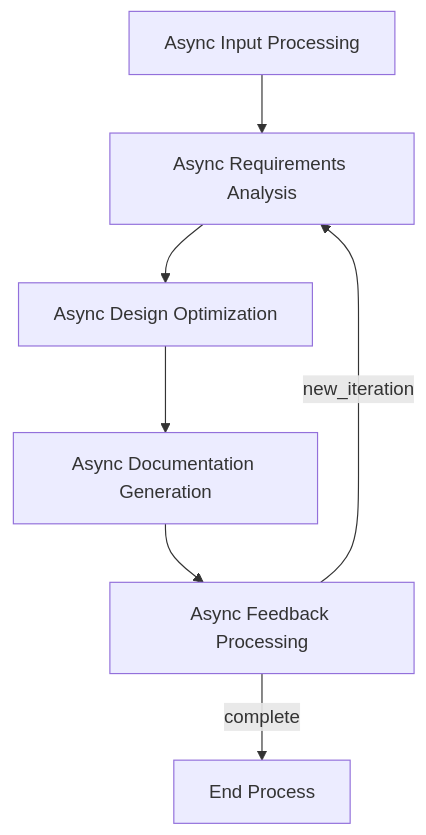
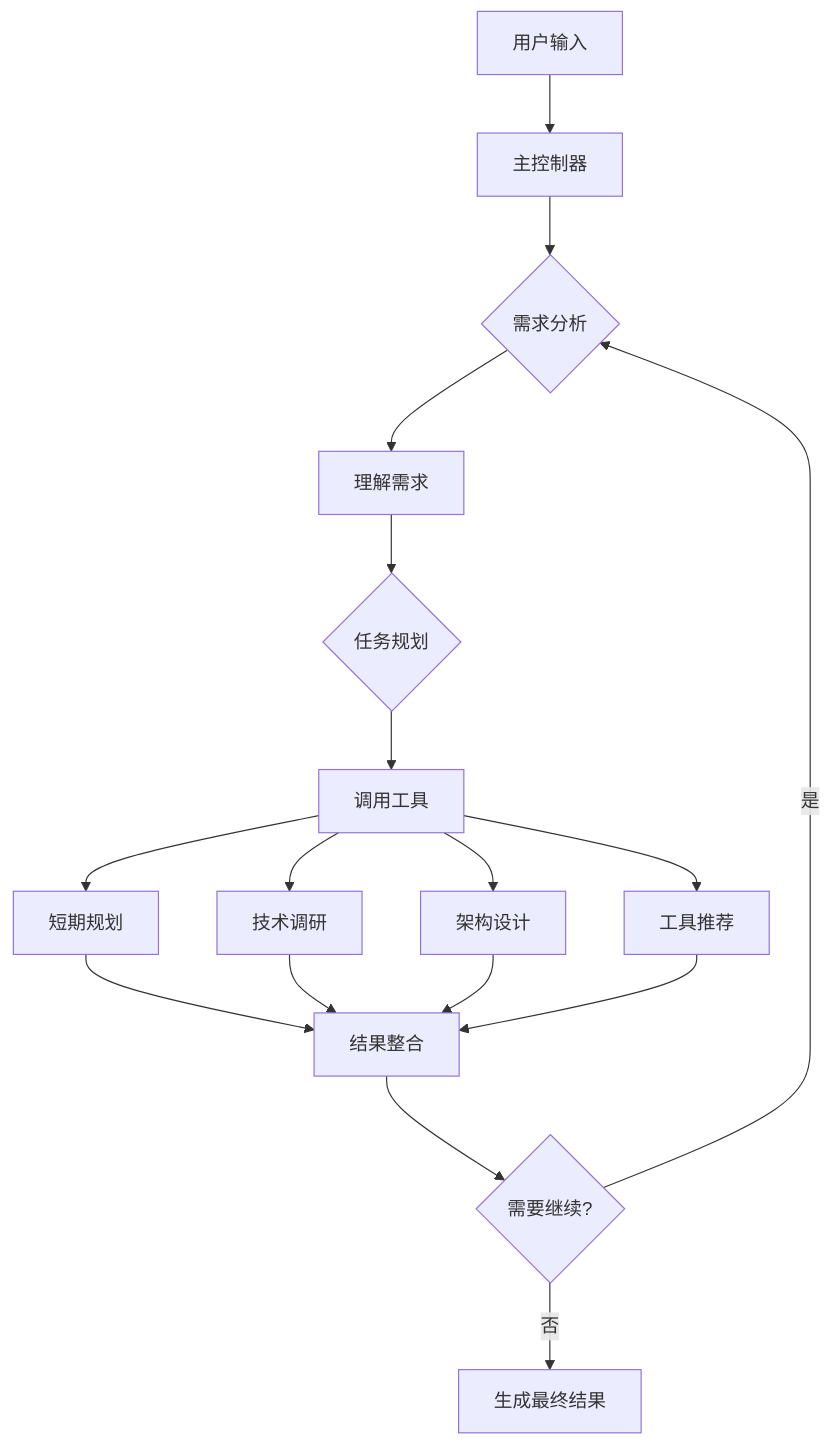
The diagram in README_zh-CN.md (jennifer88huang/GTPlanner), drawn with Mermaid before and after one commit. The commit also changed other lines of this file and 13 other files, not shown here.

````diff
--- a/README_zh-CN.md
+++ b/README_zh-CN.md
@@ -243,9 +280,19 @@
 ```mermaid
 flowchart TD
-    inputNode[Async Input Processing] --> analysisNode[Async Requirements Analysis]
-    analysisNode --> optimizationNode[Async Design Optimization]
-    optimizationNode --> docGenNode[Async Documentation Generation]
-    docGenNode --> feedbackNode[Async Feedback Processing]
-    feedbackNode -->|new_iteration| analysisNode
-    feedbackNode -->|complete| endNode[End Process]
+    A[用户输入] --> B[主控制器]
+    B --> C{需求分析}
+    C --> D[理解需求]
+    D --> E{任务规划}
+    E --> F[调用工具]
+    F --> G[短期规划]
+    F --> H[技术调研]
+    F --> I[架构设计]
+    F --> J[工具推荐]
+    G --> K[结果整合]
+    H --> K
+    I --> K
+    J --> K
+    K --> L{需要继续?}
+    L -->|是| C
+    L -->|否| M[生成最终结果]
 ```
````
